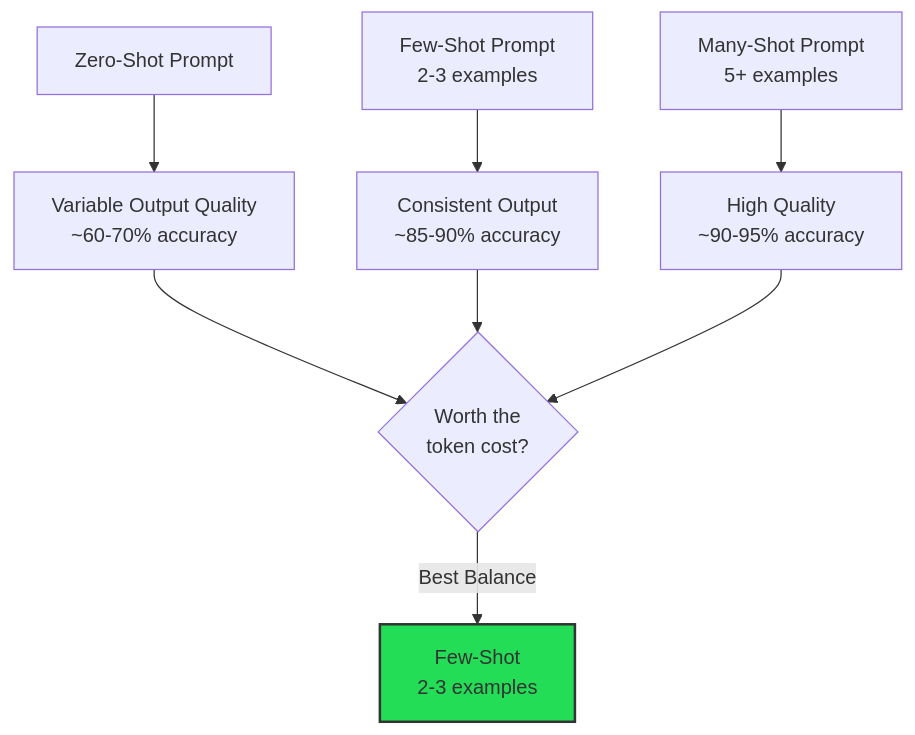
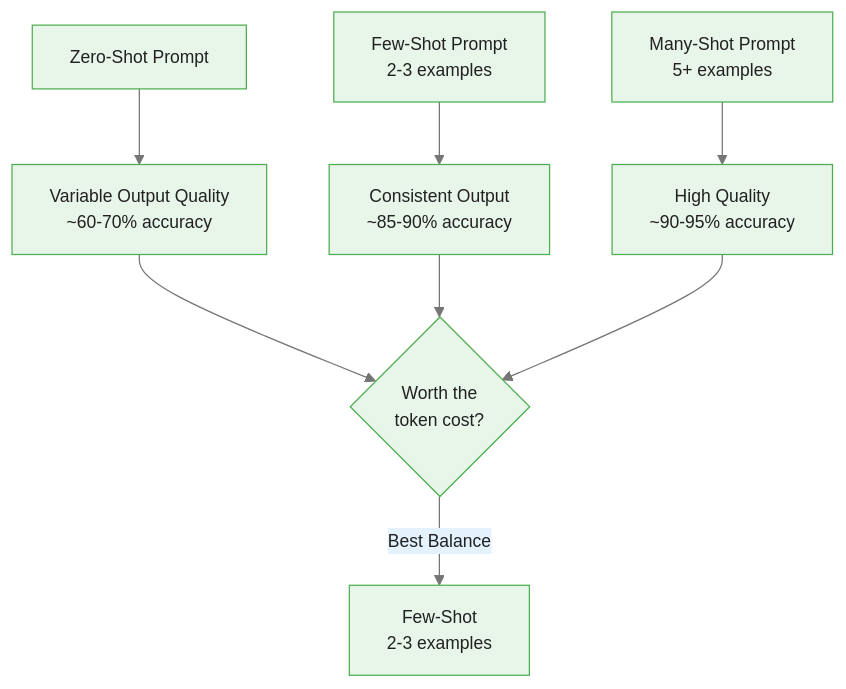
One commit to m-deane/course-creator changed the second of 6 diagrams in courses/genai-commodities/modules/module_00_foundations/guides/02_prompt_engineering_basics_slides.md. Above: the diagram before and after it, drawn with Mermaid. The commit also changed other lines of this file and 84 other files, not shown here.

````diff
--- a/courses/genai-commodities/modules/module_00_foundations/guides/02_prompt_engineering_basics_slides.md
+++ b/courses/genai-commodities/modules/module_00_foundations/guides/02_prompt_engineering_basics_slides.md
@@ -205,14 +232,13 @@
 ```mermaid
+%%{init: {"theme": "base", "themeVariables": {"primaryColor": "#e8f5e9", "primaryBorderColor": "#4caf50", "primaryTextColor": "#212121", "secondaryColor": "#e3f2fd", "tertiaryColor": "#fff8e1", "lineColor": "#757575", "fontFamily": "Inter, sans-serif", "fontSize": "14px"}}}%%
 graph TD
     A[Zero-Shot Prompt] --> B[Variable Output Quality<br/>~60-70% accuracy]
     C[Few-Shot Prompt<br/>2-3 examples] --> D[Consistent Output<br/>~85-90% accuracy]
     E[Many-Shot Prompt<br/>5+ examples] --> F[High Quality<br/>~90-95% accuracy]
 
     B --> G{Worth the<br/>token cost?}
     D --> G
     F --> G
 
     G -->|Best Balance| H[Few-Shot<br/>2-3 examples]
-
-    style H fill:#2d5,stroke:#333,stroke-width:2px
 ```
````
